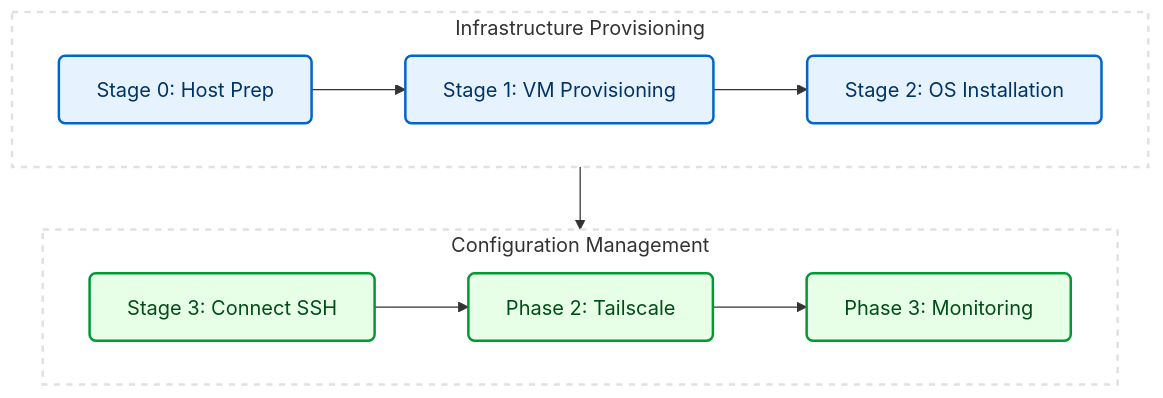
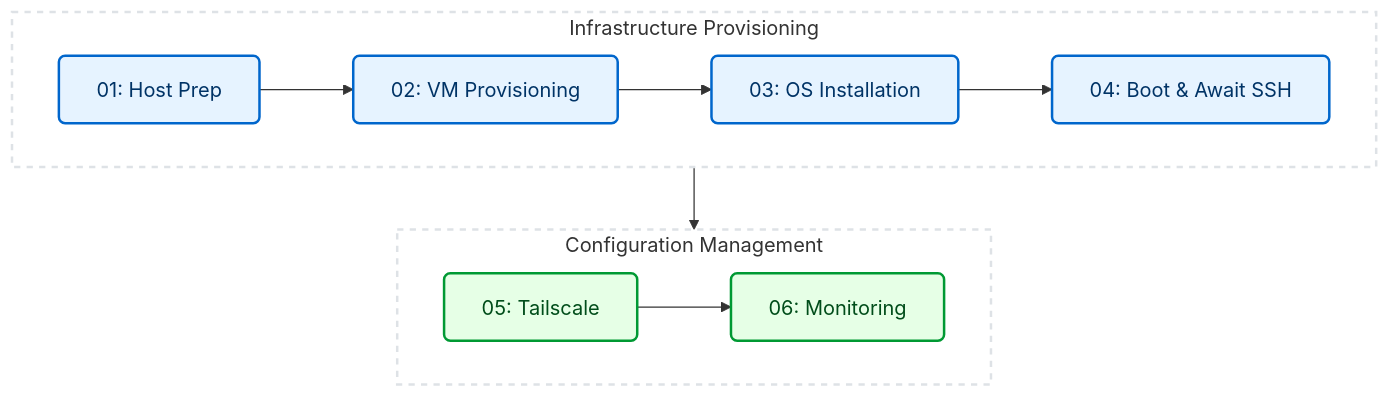
One commit to PoisonOakey/ztp-linux-node changed the diagram in README.md. Above: the diagram before and after it, drawn with Mermaid. The commit also changed other lines of this file and 5 other files, not shown here.

````diff
--- a/README.md
+++ b/README.md
@@ -26,23 +26,23 @@
 ```mermaid
 %%{init: {'themeVariables': { 'background': '#ffffff'}}}%%
 flowchart TD
     classDef prov fill:#e6f3ff,stroke:#0066cc,stroke-width:2px,color:#003366,rx:5px,ry:5px;
     classDef conf fill:#e6ffe6,stroke:#009933,stroke-width:2px,color:#004d1a,rx:5px,ry:5px;
     
     style Provisioning fill:#ffffff,stroke:#dee2e6,stroke-width:2px,stroke-dasharray: 5 5
     style Configuration fill:#ffffff,stroke:#dee2e6,stroke-width:2px,stroke-dasharray: 5 5
 
     subgraph Provisioning [Infrastructure Provisioning]
         direction LR
-        A[Stage 0: Host Prep]:::prov --> B[Stage 1: VM Provisioning]:::prov
-        B --> C[Stage 2: OS Installation]:::prov
+        A[01: Host Prep]:::prov --> B[02: VM Provisioning]:::prov
+        B --> C[03: OS Installation]:::prov
+        C --> D[04: Boot &amp; Await SSH]:::prov
     end
 
     subgraph Configuration [Configuration Management]
         direction LR
-        D[Stage 3: Connect SSH]:::conf --> E[Phase 2: Tailscale]:::conf
-        E --> F[Phase 3: Monitoring]:::conf
+        E[05: Tailscale]:::conf --> F[06: Monitoring]:::conf
     end
 
-    C --> D
+    D --> E
 ```
````
